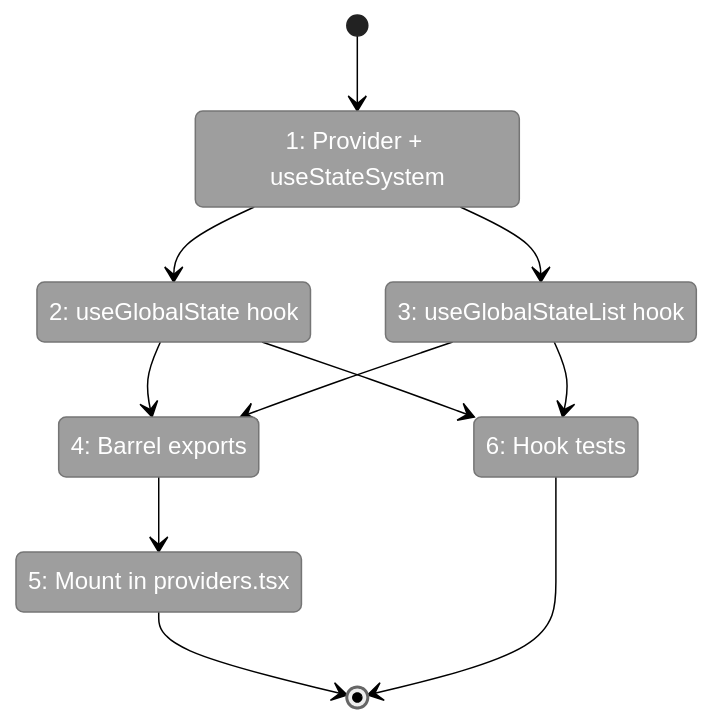
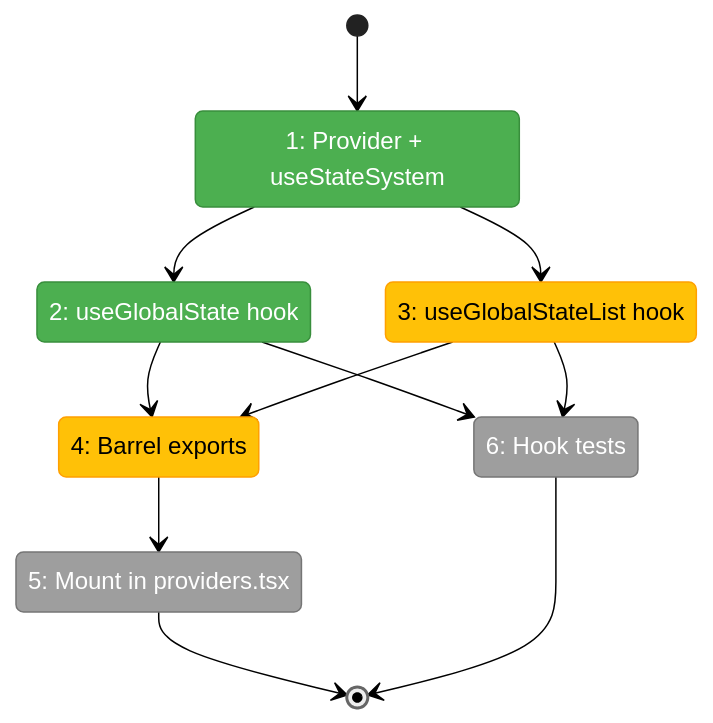
Before and after one commit to AI-Substrate/chainglass: the first of 2 diagrams in docs/plans/053-global-state-system/tasks/phase-4-react-integration/tasks.fltplan.md, drawn with Mermaid (neutral theme). The commit also changed other lines of this file and 10 other files, not shown here.

````diff
--- a/docs/plans/053-global-state-system/tasks/phase-4-react-integration/tasks.fltplan.md
+++ b/docs/plans/053-global-state-system/tasks/phase-4-react-integration/tasks.fltplan.md
@@ -38,27 +38,29 @@
 ```mermaid
 stateDiagram-v2
     classDef pending fill:#9E9E9E,stroke:#757575,color:#fff
     classDef active fill:#FFC107,stroke:#FFA000,color:#000
     classDef done fill:#4CAF50,stroke:#388E3C,color:#fff
     classDef blocked fill:#F44336,stroke:#D32F2F,color:#fff
 
     state "1: Provider + useStateSystem" as S1
     state "2: useGlobalState hook" as S2
     state "3: useGlobalStateList hook" as S3
     state "4: Barrel exports" as S4
     state "5: Mount in providers.tsx" as S5
     state "6: Hook tests" as S6
 
     [*] --> S1
     S1 --> S2
     S1 --> S3
     S2 --> S4
     S3 --> S4
     S4 --> S5
     S2 --> S6
     S3 --> S6
     S5 --> [*]
     S6 --> [*]
 
-    class S1,S2,S3,S4,S5,S6 pending
+    class S1,S2 done
+    class S3,S4 active
+    class S5,S6 pending
 ```
````
